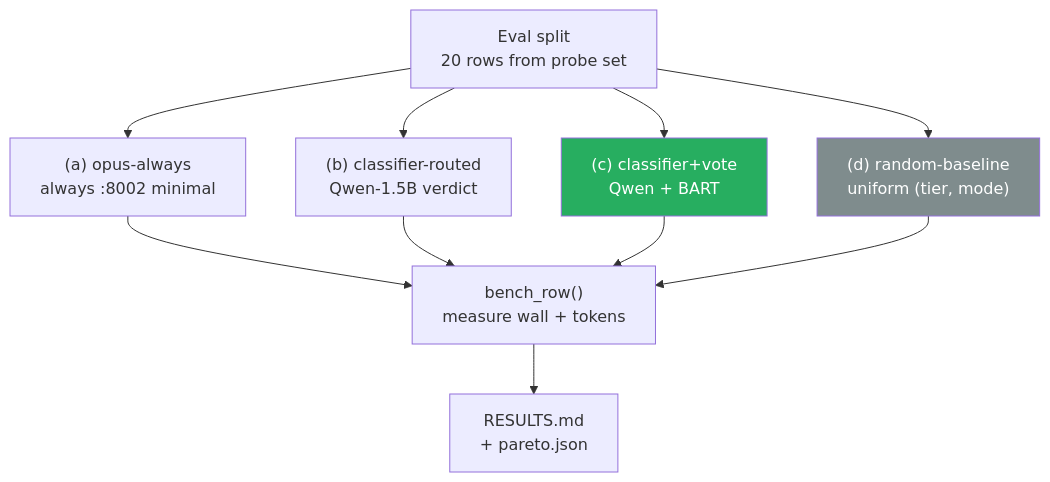
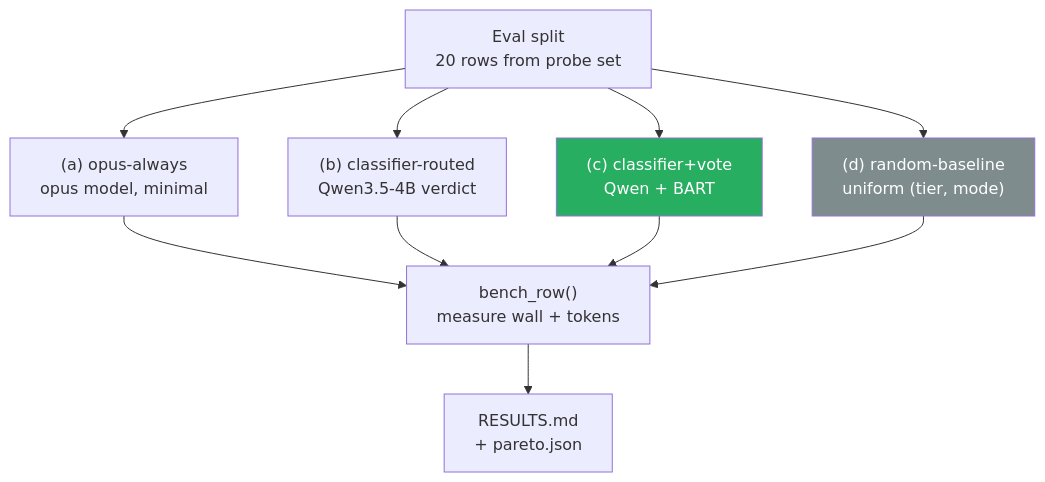
Before and after one commit to shaneliuyx/agent-development-curriculum: the sixth of 7 diagrams in Week 4.5 - Model Routing and Effort Tiering.md, drawn with Mermaid. The commit also changed other lines of this file, not shown here.

````diff
--- a/Week 4.5 - Model Routing and Effort Tiering.md
+++ b/Week 4.5 - Model Routing and Effort Tiering.md
@@ -904,23 +1030,23 @@
 ```mermaid
 flowchart TB
     Probes["Eval split<br/>20 rows from probe set"]
-    OAlways["(a) opus-always<br/>always :8002 minimal"]
-    Cls["(b) classifier-routed<br/>Qwen-1.5B verdict"]
+    OAlways["(a) opus-always<br/>opus model, minimal"]
+    Cls["(b) classifier-routed<br/>Qwen3.5-4B verdict"]
     Vote["(c) classifier+vote<br/>Qwen + BART"]
     Rand["(d) random-baseline<br/>uniform (tier, mode)"]
     Bench["bench_row()<br/>measure wall + tokens"]
     Results["RESULTS.md<br/>+ pareto.json"]
 
     Probes --> OAlways
     Probes --> Cls
     Probes --> Vote
     Probes --> Rand
     OAlways --> Bench
     Cls --> Bench
     Vote --> Bench
     Rand --> Bench
     Bench --> Results
 
     style Vote fill:#27ae60,color:#fff
     style Rand fill:#7f8c8d,color:#fff
 ```
````
